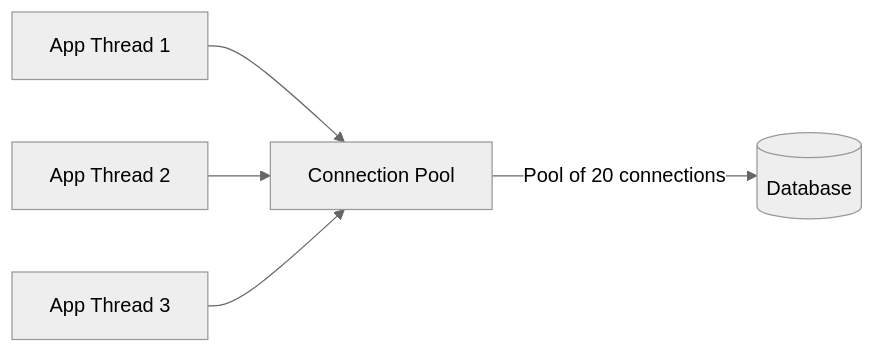
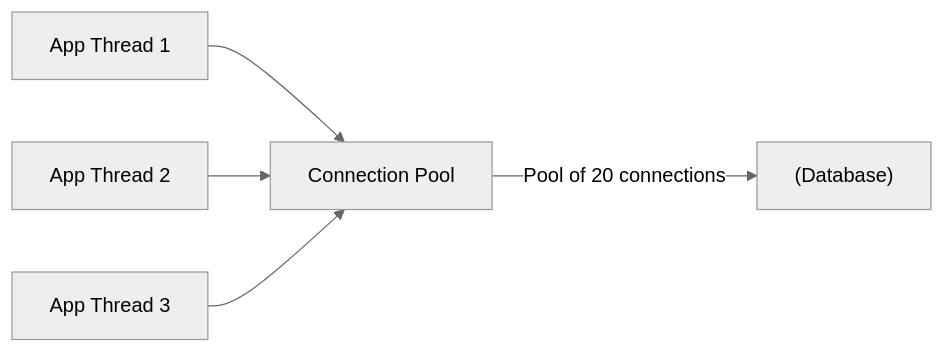
One commit to vanos001/placement_prep changed the ninth of 9 diagrams in src/interview/system-design/hld/database-design.md. Above: the diagram before and after it, drawn with Mermaid (neutral theme). The commit also changed other lines of this file and 19 other files, not shown here.

First line of the commit message:
fix(mermaid,links): repair regressions after merging dev into dev2

````diff
--- a/src/interview/system-design/hld/database-design.md
+++ b/src/interview/system-design/hld/database-design.md
@@ -540,7 +540,7 @@
 ```mermaid
 graph LR
     A1[App Thread 1] --> CP[Connection Pool]
     A2[App Thread 2] --> CP
     A3[App Thread 3] --> CP
-    CP -->|Pool of 20 connections| DB[(Database)]
+    CP -->|Pool of 20 connections| DB["(Database)"]
 ```
````
